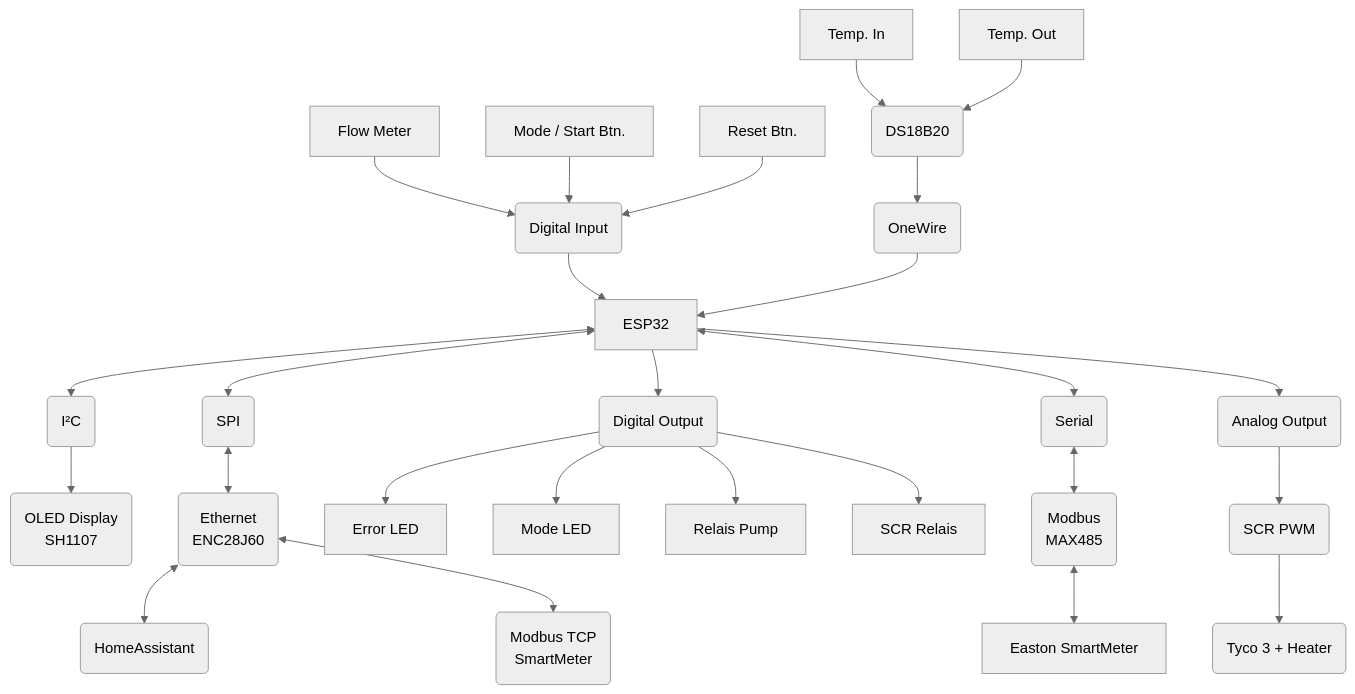
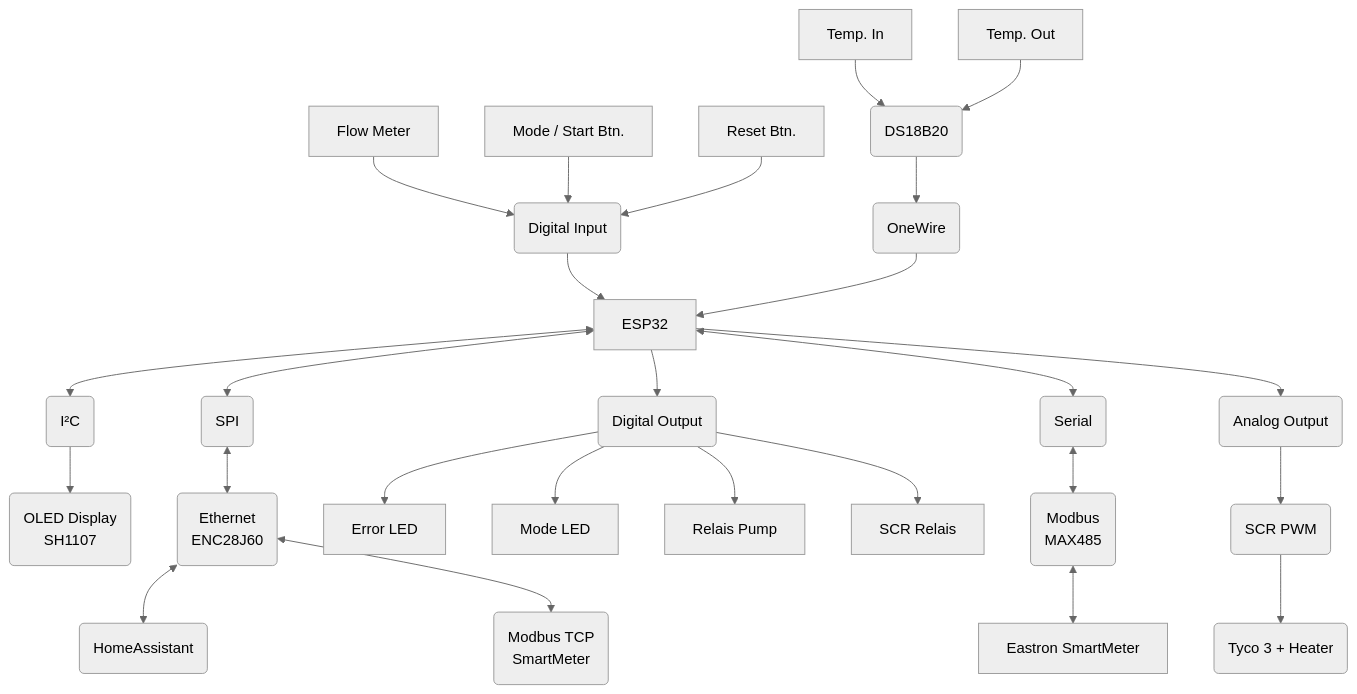
Before and after one commit to Gamer08YT/PVHeating: the diagram in README.md, drawn with Mermaid (neutral theme). The commit also changed 1 other file, not shown here.

Commit message:
Update README.md diagram and IntelliJ inspection settings
- Correct typo in SmartMeter label ("Easton" -> "Eastron").
- Adjust IntelliJ inspection severities to suppress specific DFA warnings and add new inspection rules.

````diff
--- a/README.md
+++ b/README.md
@@ -43,29 +43,29 @@
 ```mermaid
 graph TD
     ESP32 <--> SPI(SPI)
     ESP32 <--> I2C(I²C)
     I2C --> Display(OLED Display<br> SH1107) 
     SPI <--> ENC28J60(Ethernet<br>ENC28J60)
     Flow[Flow Meter] --> DigitalIn
     DigitalIn(Digital Input) --> ESP32
     Mode[Mode / Start Btn.] --> DigitalIn
     Reset[Reset Btn.] --> DigitalIn
     ESP32 --> DigitalOut(Digital Output)
     ENC28J60 <--> HA(HomeAssistant)
     ENC28J60 <--> TCP(Modbus TCP<br>SmartMeter)
     DigitalOut --> ErrorLed[Error LED]
     DigitalOut --> ModeLed[Mode LED]
     DigitalOut --> Pump[Relais Pump]
     DigitalOut --> SCR[SCR Relais]
     ESP32 <--> Serial(Serial)
     Serial <--> Max485(Modbus<br>MAX485)
-    Max485 <--> SmartMeter[Easton SmartMeter]
+    Max485 <--> SmartMeter[Eastron SmartMeter]
     OneWire(OneWire) --> ESP32
     DS18B20(DS18B20) --> OneWire
     TempIn[Temp. In] --> DS18B20
     TempOut[Temp. Out] --> DS18B20
     ESP32 --> Analog(Analog Output)
     Analog --> PWM(SCR PWM)
     PWM --> Tyco(Tyco 3 + Heater)
 
 ```
````
